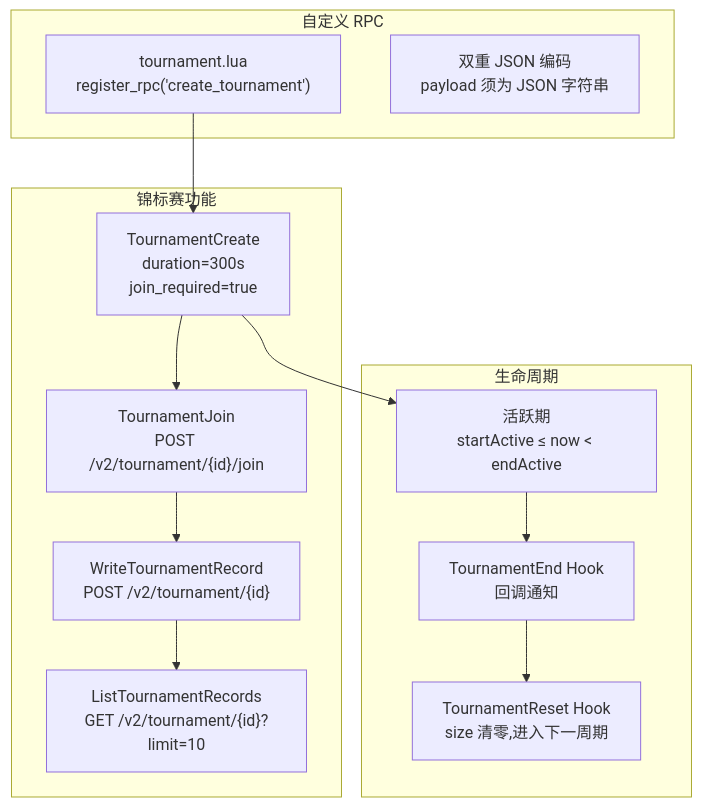
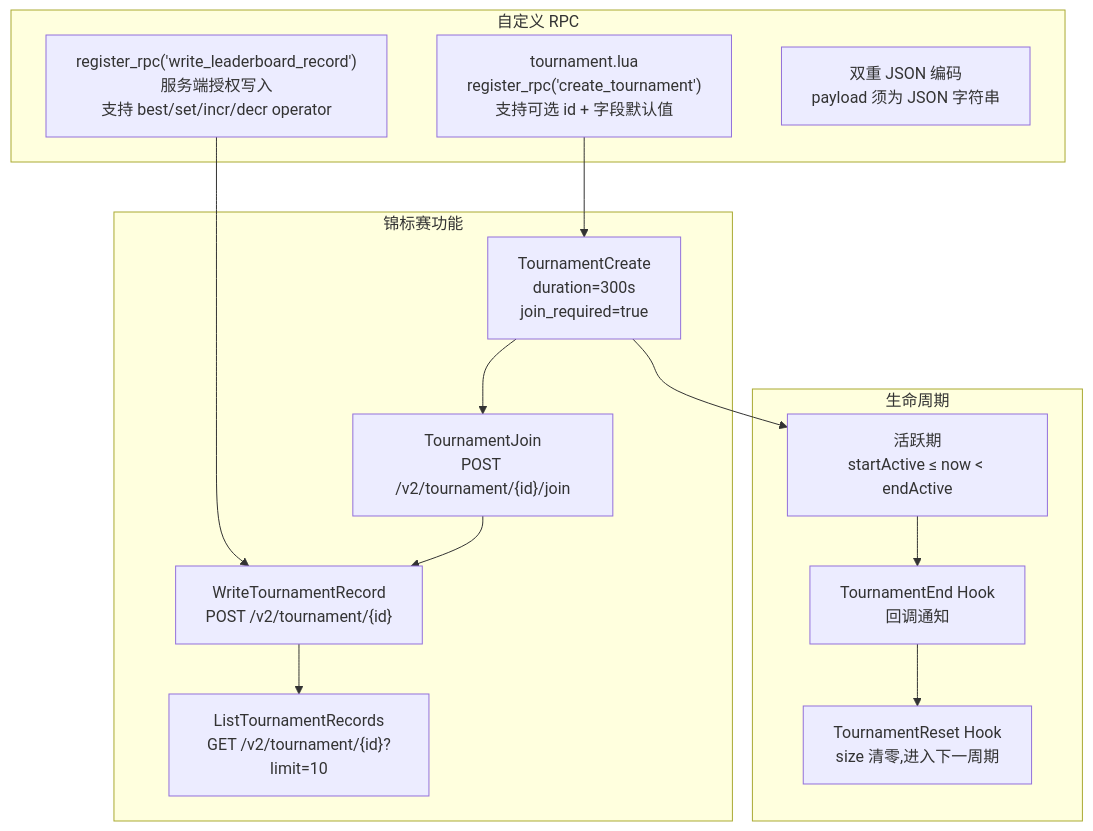
One commit to kindywu/nakama changed the fifth of 11 diagrams in docs/case-studies.md. Above: the diagram before and after it, drawn with Mermaid. The commit also changed other lines of this file and 1 other file, not shown here.

First line of the commit message:
docs: update tournament example with RPC create/write details

````diff
--- a/docs/case-studies.md
+++ b/docs/case-studies.md
@@ -308,28 +308,30 @@
 ```mermaid
 graph TB
     subgraph RPC["自定义 RPC"]
-        Register["tournament.lua<br/>register_rpc('create_tournament')"]
+        CreateRPC["tournament.lua<br/>register_rpc('create_tournament')<br/>支持可选 id + 字段默认值"]
+        WriteRPC["register_rpc('write_leaderboard_record')<br/>服务端授权写入<br/>支持 best/set/incr/decr operator"]
         DoubleEnc["双重 JSON 编码<br/>payload 须为 JSON 字符串"]
     end
 
     subgraph Tournament["锦标赛功能"]
         Create["TournamentCreate<br/>duration=300s<br/>join_required=true"]
         Join["TournamentJoin<br/>POST /v2/tournament/{id}/join"]
         Write["WriteTournamentRecord<br/>POST /v2/tournament/{id}"]
         Read["ListTournamentRecords<br/>GET /v2/tournament/{id}?limit=10"]
     end
 
     subgraph Lifecycle["生命周期"]
         Active["活跃期<br/>startActive ≤ now < endActive"]
         EndCallback["TournamentEnd Hook<br/>回调通知"]
         ResetCallback["TournamentReset Hook<br/>size 清零,进入下一周期"]
     end
 
-    Register --> Create
+    CreateRPC --> Create
+    WriteRPC --> Write
     Create --> Join
     Join --> Write
     Write --> Read
     Create --> Active
     Active --> EndCallback
     EndCallback --> ResetCallback
 ```
````
